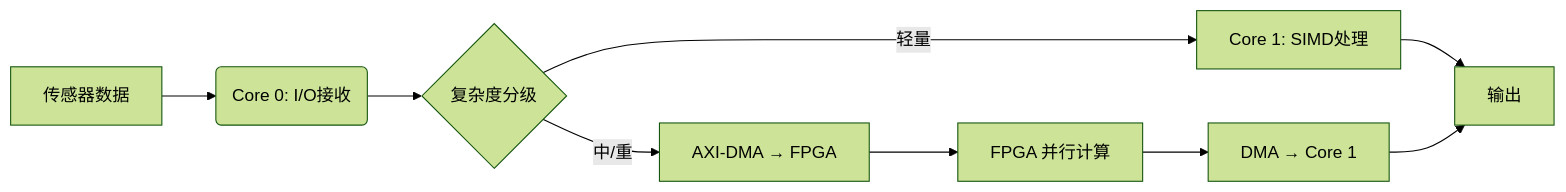
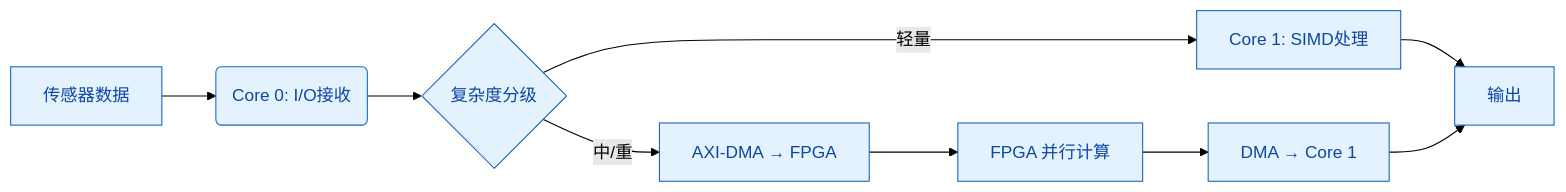
Before and after one commit to DeguiLiu/tech-notes: the diagram in content/posts/performance/cpp_performance_memory_branch_compiler.md, drawn with Mermaid (forest theme). The commit also changed other lines of this file and 20 other files, not shown here.

First line of the commit message:
story-docs(blog): de-AI performance posts and color bus diagrams

````diff
--- a/content/posts/performance/cpp_performance_memory_branch_compiler.md
+++ b/content/posts/performance/cpp_performance_memory_branch_compiler.md
@@ -1012,11 +1012,14 @@
 ```mermaid
 graph LR
     A[传感器数据] --> B(Core 0: I/O接收)
     B --> C{复杂度分级}
     C -->|轻量| D[Core 1: SIMD处理]
     C -->|中/重| E[AXI-DMA → FPGA]
     E --> F[FPGA 并行计算]
     F --> G[DMA → Core 1]
     D --> H[输出]
     G --> H
+
+    classDef path fill:#e3f2fd,stroke:#1565c0,color:#0d47a1
+    class A,B,C,D,E,F,G,H path
 ```
````
